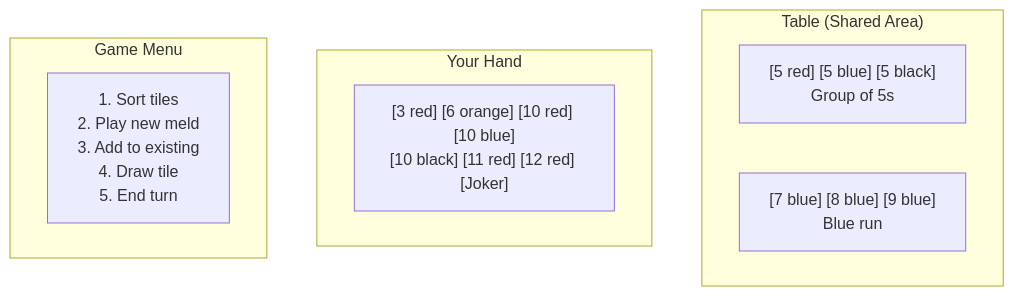
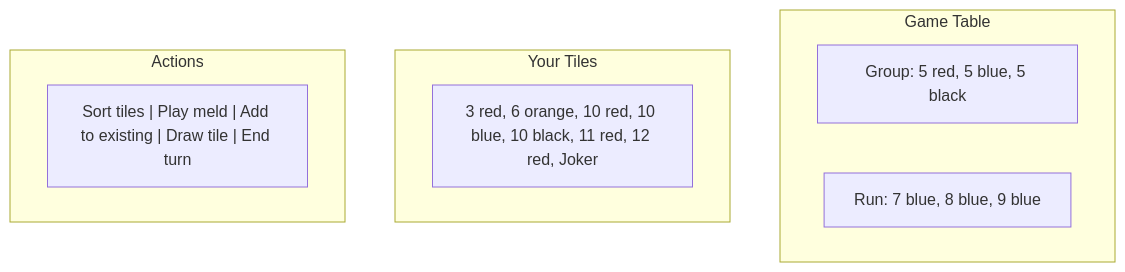
The diagram in docs/index.md (stevenfazzio/educational-rummikub), drawn with Mermaid before and after one commit.

Commit message:
Fix Mermaid diagram in docs/index.md for GitHub compatibility
Removed HTML line breaks (<br/>) from Mermaid node labels as they
cause 'Unsupported markdown: list' errors in GitHub's renderer.
Simplified the diagram to use plain text labels instead.

````diff
--- a/docs/index.md
+++ b/docs/index.md
@@ -13,15 +13,15 @@
 ```mermaid
 graph TB
-    subgraph "Table (Shared Area)"
-        Set1["[5 red] [5 blue] [5 black]<br/>Group of 5s"]
-        Set2["[7 blue] [8 blue] [9 blue]<br/>Blue run"]
+    subgraph "Game Table"
+        Set1["Group: 5 red, 5 blue, 5 black"]
+        Set2["Run: 7 blue, 8 blue, 9 blue"]
     end
     
-    subgraph "Your Hand"
-        Tiles["[3 red] [6 orange] [10 red] [10 blue]<br/>[10 black] [11 red] [12 red] [Joker]"]
+    subgraph "Your Tiles"
+        Hand["3 red, 6 orange, 10 red, 10 blue, 10 black, 11 red, 12 red, Joker"]
     end
     
-    subgraph "Game Menu"
-        Menu["1. Sort tiles<br/>2. Play new meld<br/>3. Add to existing<br/>4. Draw tile<br/>5. End turn"]
+    subgraph "Actions"
+        Menu["Sort tiles | Play meld | Add to existing | Draw tile | End turn"]
     end
 ```
````
